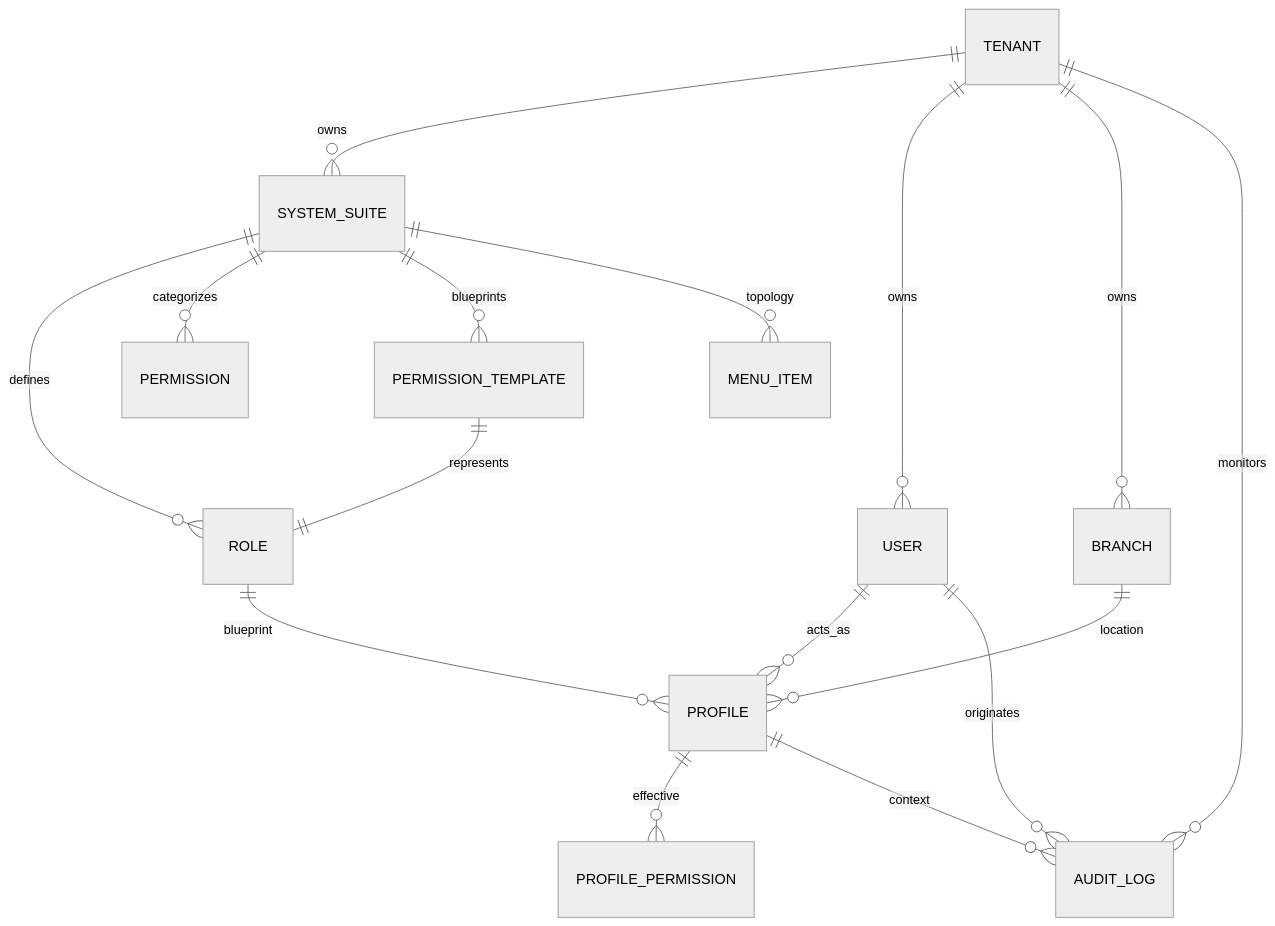
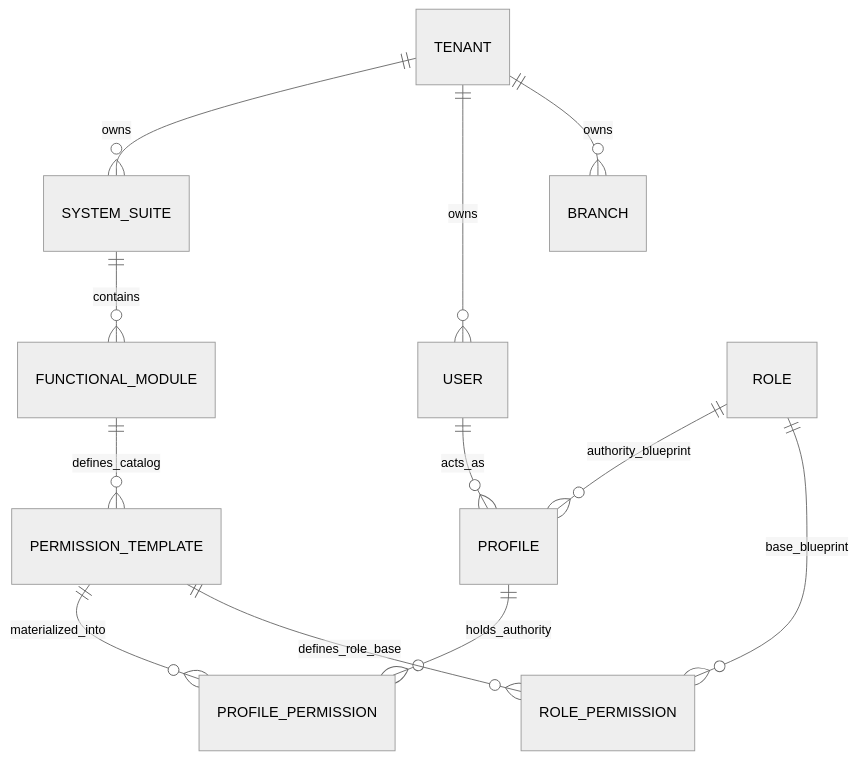
The first of 4 diagrams in architecture/blueprints/database-design-er.md (beyondnetcode/ums), drawn with Mermaid (neutral theme) before and after one commit. The commit also changed other lines of this file and 5 other files, not shown here.

````diff
--- a/architecture/blueprints/database-design-er.md
+++ b/architecture/blueprints/database-design-er.md
@@ -40,24 +36,18 @@
 ```mermaid
 erDiagram
     TENANT ||--o{ SYSTEM_SUITE : "owns"
     TENANT ||--o{ USER : "owns"
     TENANT ||--o{ BRANCH : "owns"
-    TENANT ||--o{ AUDIT_LOG : "monitors"
     
-    SYSTEM_SUITE ||--o{ ROLE : "defines"
-    SYSTEM_SUITE ||--o{ PERMISSION : "categorizes"
-    SYSTEM_SUITE ||--o{ PERMISSION_TEMPLATE : "blueprints"
-    SYSTEM_SUITE ||--o{ MENU_ITEM : "topology"
+    SYSTEM_SUITE ||--o{ FUNCTIONAL_MODULE : "contains"
+    FUNCTIONAL_MODULE ||--o{ PERMISSION_TEMPLATE : "defines_catalog"
+    
+    PERMISSION_TEMPLATE ||--o{ PROFILE_PERMISSION : "materialized_into"
     
     USER ||--o{ PROFILE : "acts_as"
-    USER ||--o{ AUDIT_LOG : "originates"
+    PROFILE ||--o{ PROFILE_PERMISSION : "holds_authority"
     
-    ROLE ||--o{ PROFILE : "blueprint"
-    
-    PERMISSION_TEMPLATE ||--|| ROLE : "represents"
-    
-    PROFILE ||--o{ PROFILE_PERMISSION : "effective"
-    PROFILE ||--o{ AUDIT_LOG : "context"
-    
-    BRANCH ||--o{ PROFILE : "location"
+    ROLE ||--o{ PROFILE : "authority_blueprint"
+    ROLE ||--o{ ROLE_PERMISSION : "base_blueprint"
+    PERMISSION_TEMPLATE ||--o{ ROLE_PERMISSION : "defines_role_base"
 ```
````
